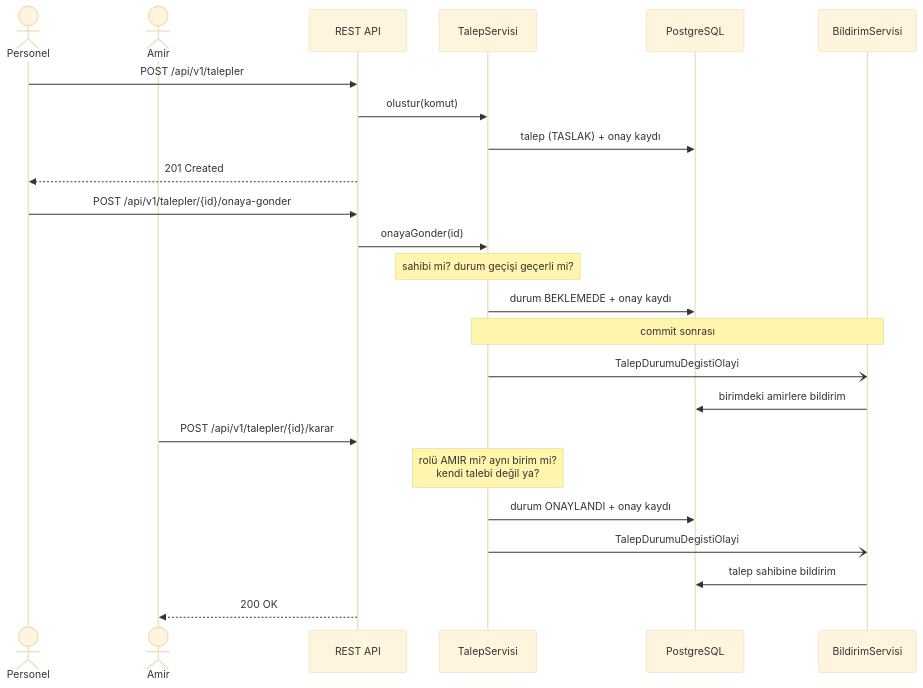
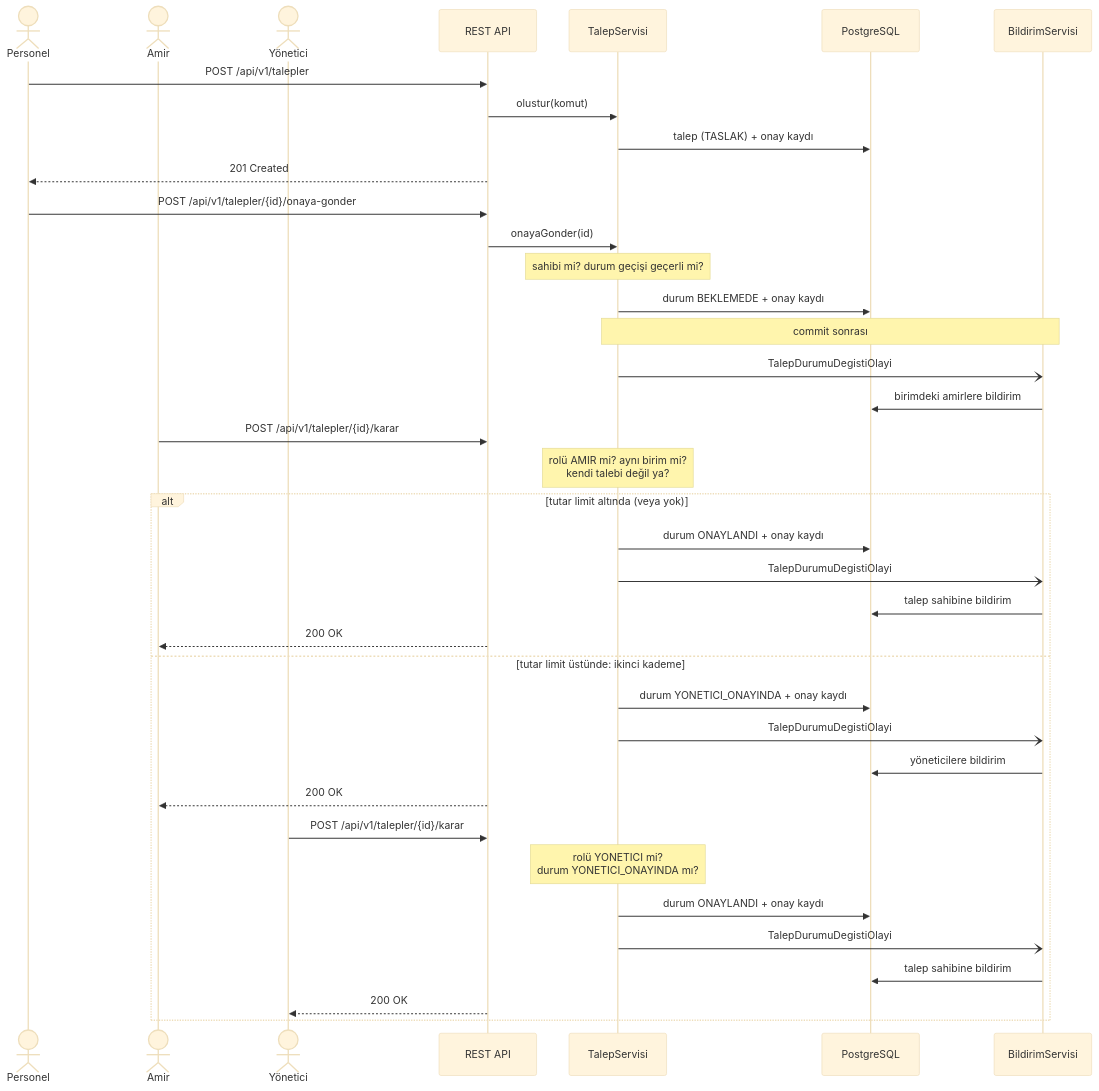
Before and after one commit to ebraronuk/talep-onay-sistemi: the fourth of 4 diagrams in README.md, drawn with Mermaid (base theme). The commit also changed other lines of this file and 34 other files, not shown here.

First line of the commit message:
feat: tutar bazli iki kademeli onay - on yuz ve dokumanlar tamamlandi

````diff
--- a/README.md
+++ b/README.md
@@ -165,29 +173,45 @@
 ```mermaid
 sequenceDiagram
     actor P as Personel
     actor A as Amir
+    actor Y as Yönetici
     participant API as REST API
     participant SRV as TalepServisi
     participant DB as PostgreSQL
     participant BLD as BildirimServisi
 
     P->>API: POST /api/v1/talepler
     API->>SRV: olustur(komut)
     SRV->>DB: talep (TASLAK) + onay kaydı
     API-->>P: 201 Created
 
     P->>API: POST /api/v1/talepler/{id}/onaya-gonder
     API->>SRV: onayaGonder(id)
     Note over SRV: sahibi mi? durum geçişi geçerli mi?
     SRV->>DB: durum BEKLEMEDE + onay kaydı
     Note over SRV,BLD: commit sonrası
     SRV-)BLD: TalepDurumuDegistiOlayi
     BLD->>DB: birimdeki amirlere bildirim
 
     A->>API: POST /api/v1/talepler/{id}/karar
     Note over SRV: rolü AMIR mi? aynı birim mi?<br/>kendi talebi değil ya?
-    SRV->>DB: durum ONAYLANDI + onay kaydı
-    SRV-)BLD: TalepDurumuDegistiOlayi
-    BLD->>DB: talep sahibine bildirim
-    API-->>A: 200 OK
+
+    alt tutar limit altında (veya yok)
+        SRV->>DB: durum ONAYLANDI + onay kaydı
+        SRV-)BLD: TalepDurumuDegistiOlayi
+        BLD->>DB: talep sahibine bildirim
+        API-->>A: 200 OK
+    else tutar limit üstünde: ikinci kademe
+        SRV->>DB: durum YONETICI_ONAYINDA + onay kaydı
+        SRV-)BLD: TalepDurumuDegistiOlayi
+        BLD->>DB: yöneticilere bildirim
+        API-->>A: 200 OK
+
+        Y->>API: POST /api/v1/talepler/{id}/karar
+        Note over SRV: rolü YONETICI mi?<br/>durum YONETICI_ONAYINDA mı?
+        SRV->>DB: durum ONAYLANDI + onay kaydı
+        SRV-)BLD: TalepDurumuDegistiOlayi
+        BLD->>DB: talep sahibine bildirim
+        API-->>Y: 200 OK
+    end
 ```
````
